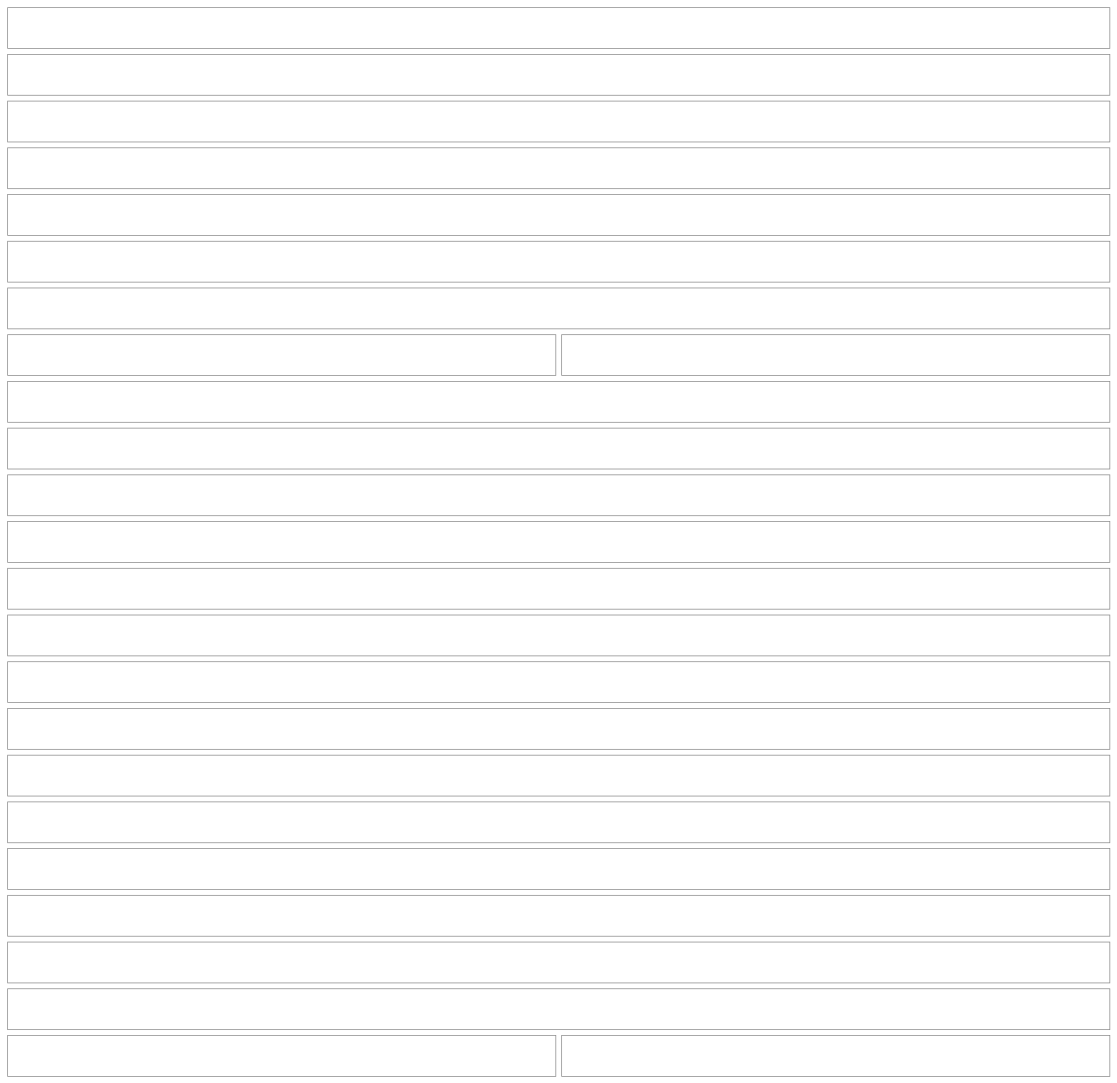
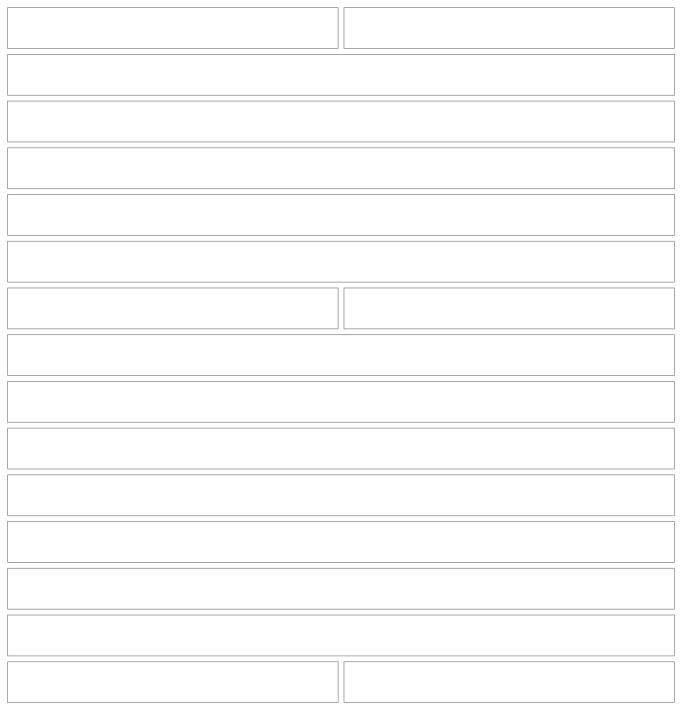
Diagram 21 of 57 in src/apps/pinch/UX.md (NovaMoonX/moondreams-dev-apps), drawn with Mermaid before and after one commit. The commit also changed other lines of this file and 123 other files, not shown here.

First line of the commit message:
Pinch round 7: cooking mode leads with the step, lighter recipe and meal views, roomy More, ingredient groups, named meals on the shopping list (#358)

````diff
--- a/src/apps/pinch/UX.md
+++ b/src/apps/pinch/UX.md
@@ -663,55 +715,41 @@
 ```mermaid
 %%{init: {'theme': 'base', 'themeVariables': {'primaryColor': 'transparent', 'primaryBorderColor': '#888888', 'primaryTextColor': '#333333', 'lineColor': '#888888'}}}%%
 block-beta
   columns 2
-  T1["Adobo chicken"]:2
-  T1a["From Serious Eats  (a quiet underlined link under the title; shows the recipes from there)"]:2
-  T1b["Sticky, tangy chicken thighs braised in soy and vinegar. (two lines, More)"]:2
+  T1["Adobo chicken"]:1
+  T1a["🕘  (a 40px icon on the title's line: Notes and history)"]:1
+  T1p["From Mom's recipe cards ›  (a soft pill, only with a source: shows the recipes from it)"]:2
+  T1b["🖼️ (a 64px photo, only with a cover; opens it in place)  Sticky, tangy chicken thighs braised in soy and vinegar. (two lines, More)"]:2
   T2["4 servings · 45 min · $3.20+ per serving ⚠  (the cost only once something is priced)"]:2
-  T3["✅ Cooked 3 times, last Oct 12 ›  ·  🥛 5 servings in the fridge [Eat by tomorrow] / ❄️ 5 servings in the freezer ›  ·  📝 Last time: double the garlic… ›  (one tinted block, a row each, only when there is something in it)"]:2
-  T3d["Plan it / Start cooking · I cooked this · Shopping list · Put away (chips)"]:2
   T7["INGREDIENTS (a count only past ten)"]:2
+  T7b["— For the chicken — (group headings, only when the recipe has groups)"]:2
   T8["Chicken thighs<br/>No price yet (only in a partly priced recipe)"]:1
   T9["2 lb"]:1
-  T4["$12.80 so far · Cost · For 4 servings (no tile while nothing is priced)"]:2
-  T5["Per serving 🔥 495 · 💪 61g (when on)"]:2
-  T6["Lime juice and 3 more need a price · Add prices   Not now"]:2
   T10["STEPS"]:2
   T11["1. Marinate the chicken…"]:2
   C1["KEEPING IT (only when there is something to say)"]:2
-  C2["🥛 Keeps 3 days in the fridge · ❄️ Keeps 3 months in the freezer"]:2
-  C3["♨️ Reheat: warm it in a covered pan… · 💡 the tip, in your words"]:2
-  N1["NOTES (a count only past ten or while some are folded)"]:2
-  N2["Add a note · Something to remember next time"]:2
-  N3["Oct 11 · Edit · After cooking on Oct 11 · Much better with less vinegar… (More) · Apply to the recipe"]:2
-  N4["Changed on Oct 6 · Tweak · Edit · You changed: White vinegar 0.5 → 0.25 cup · the why"]:2
-  N5["Sep 30 · Edit · Mom says a splash of… · Written before your Oct 6 tweak"]:2
-  N6["Show 7 more (past five entries, when more than three would hide)"]:2
-  T12["Modify"]:1
+  C2["🥛 Keeps 3 days in the fridge · ❄️ Keeps 3 months in the freezer · ♨️ Reheat… · 💡 the tip"]:2
+  T4["$12.80 so far · Cost · For 4 servings (no tile while nothing is priced)"]:2
+  T6["Lime juice and 3 more need a price · Add prices   Not now"]:2
+  T5["Per serving 🔥 495 · 💪 61g (when on)"]:2
+  T12["Modify  ⋯"]:1
   T13["Plan it (Start cooking when it is on today's plan)"]:1
   style T1 fill:transparent,stroke:#888888,stroke-width:1px;
   style T1a fill:transparent,stroke:#888888,stroke-width:1px;
+  style T1p fill:transparent,stroke:#888888,stroke-width:1px;
   style T1b fill:transparent,stroke:#888888,stroke-width:1px;
   style T2 fill:transparent,stroke:#888888,stroke-width:1px;
-  style T3 fill:transparent,stroke:#888888,stroke-width:1px;
-  style T3d fill:transparent,stroke:#888888,stroke-width:1px;
   style T4 fill:transparent,stroke:#888888,stroke-width:1px;
   style T5 fill:transparent,stroke:#888888,stroke-width:1px;
   style T6 fill:transparent,stroke:#888888,stroke-width:1px;
   style T7 fill:transparent,stroke:#888888,stroke-width:1px;
+  style T7b fill:transparent,stroke:#888888,stroke-width:1px;
   style T8 fill:transparent,stroke:#888888,stroke-width:1px;
   style T9 fill:transparent,stroke:#888888,stroke-width:1px;
   style T10 fill:transparent,stroke:#888888,stroke-width:1px;
   style T11 fill:transparent,stroke:#888888,stroke-width:1px;
   style C1 fill:transparent,stroke:#888888,stroke-width:1px;
   style C2 fill:transparent,stroke:#888888,stroke-width:1px;
-  style C3 fill:transparent,stroke:#888888,stroke-width:1px;
   style T12 fill:transparent,stroke:#888888,stroke-width:1px;
   style T13 fill:transparent,stroke:#888888,stroke-width:1px;
-  style N1 fill:transparent,stroke:#888888,stroke-width:1px;
-  style N2 fill:transparent,stroke:#888888,stroke-width:1px;
-  style N3 fill:transparent,stroke:#888888,stroke-width:1px;
-  style N4 fill:transparent,stroke:#888888,stroke-width:1px;
-  style N5 fill:transparent,stroke:#888888,stroke-width:1px;
-  style N6 fill:transparent,stroke:#888888,stroke-width:1px;
 ```
````
